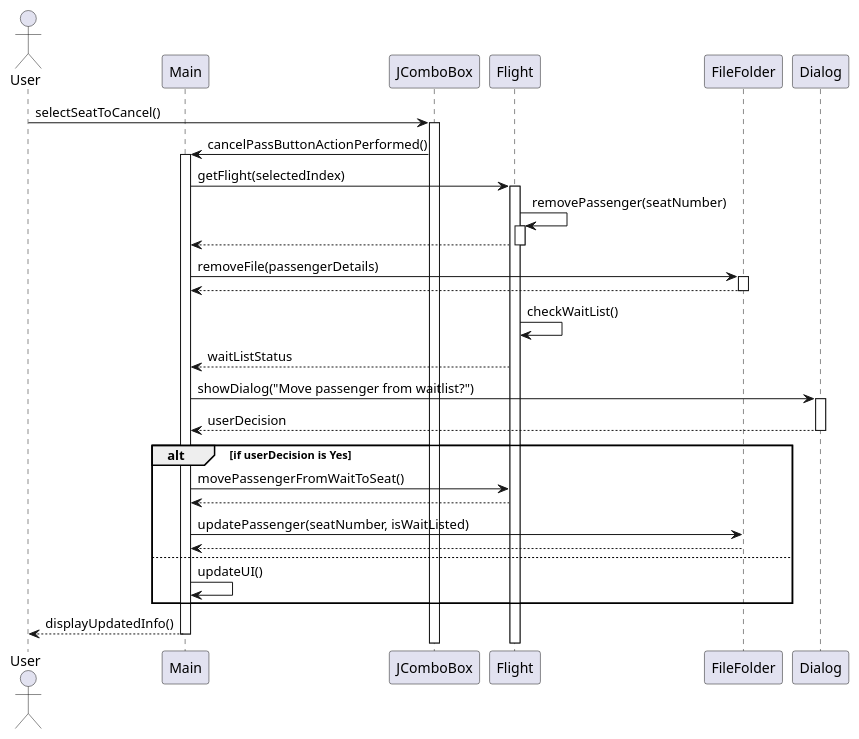
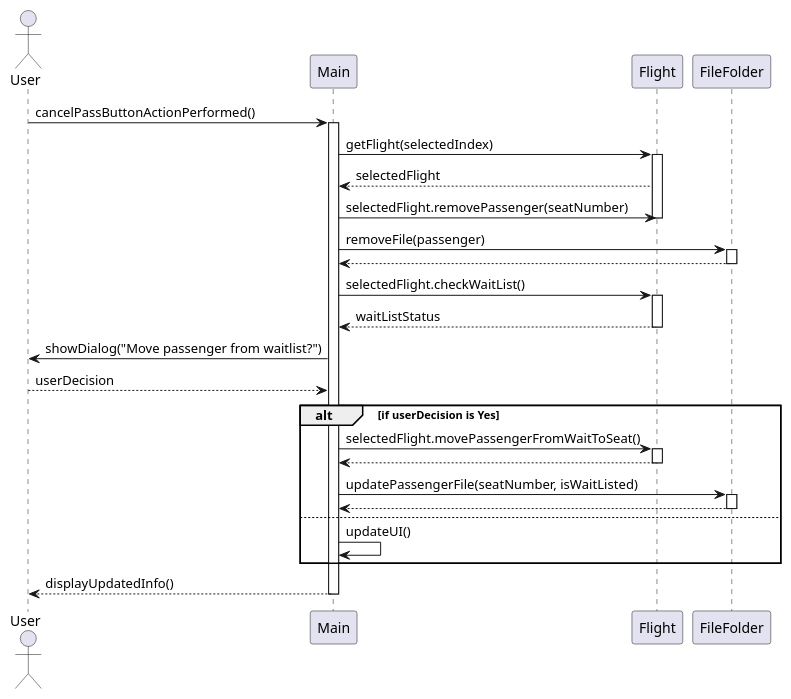
One commit to brandon-toews/JavaProject changed the diagram in diagrams/MainSeq_CancelPass.puml. Above: the diagram before and after it, drawn with PlantUML. The commit also changed 15 other files, not shown here.

Commit message:
finished diagrams

```diff
--- a/diagrams/MainSeq_CancelPass.puml
+++ b/diagrams/MainSeq_CancelPass.puml
@@ -1,45 +1,44 @@
 @startuml
 actor User
 participant "Main" as M
-participant "JComboBox" as SeatsComboBox
 participant "Flight" as F
 participant "FileFolder" as FF
-participant "Dialog" as D
 
-User -> SeatsComboBox : selectSeatToCancel()
-activate SeatsComboBox
-SeatsComboBox -> M : cancelPassButtonActionPerformed()
+User -> M : cancelPassButtonActionPerformed()
 activate M
 
 M -> F : getFlight(selectedIndex)
 activate F
-F -> F : removePassenger(seatNumber)
-activate F
-F --> M
+F --> M : selectedFlight
+M -> F : selectedFlight.removePassenger(seatNumber)
 deactivate F
 
-M -> FF : removeFile(passengerDetails)
+M -> FF : removeFile(passenger)
 activate FF
 FF --> M
 deactivate FF
 
 ' Check if there is a passenger on the waitlist
-F -> F : checkWaitList()
+M -> F : selectedFlight.checkWaitList()
+activate F
 F --> M : waitListStatus
-M -> D : showDialog("Move passenger from waitlist?")
-activate D
-D --> M : userDecision
-deactivate D
+deactivate F
+M -> User : showDialog("Move passenger from waitlist?")
+User --> M : userDecision
 
 alt if userDecision is Yes
-    M -> F : movePassengerFromWaitToSeat()
+    M -> F : selectedFlight.movePassengerFromWaitToSeat()
+    activate F
     F --> M
-    M -> FF : updatePassenger(seatNumber, isWaitListed)
+    deactivate F
+    M -> FF : updatePassengerFile(seatNumber, isWaitListed)
+    activate FF
     FF --> M
+    deactivate FF
 else
     M -> M : updateUI()
 end
 
 M --> User : displayUpdatedInfo()
 deactivate M
 @enduml
```
